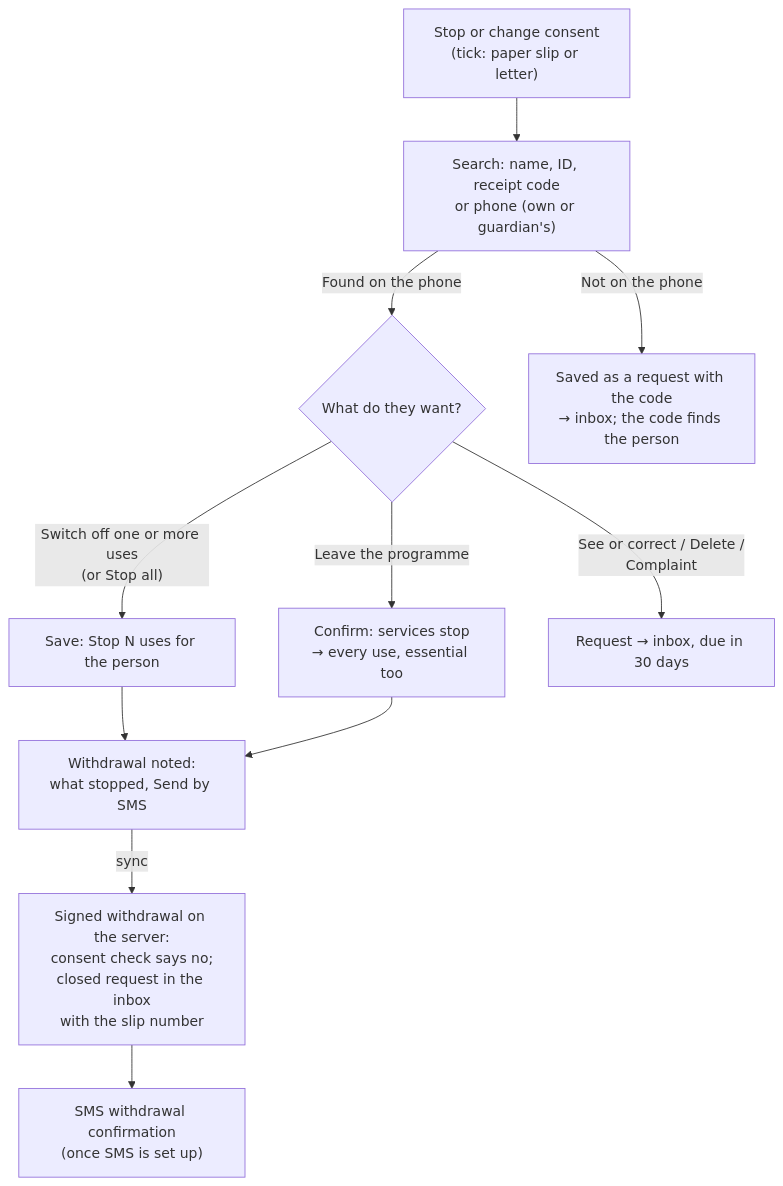
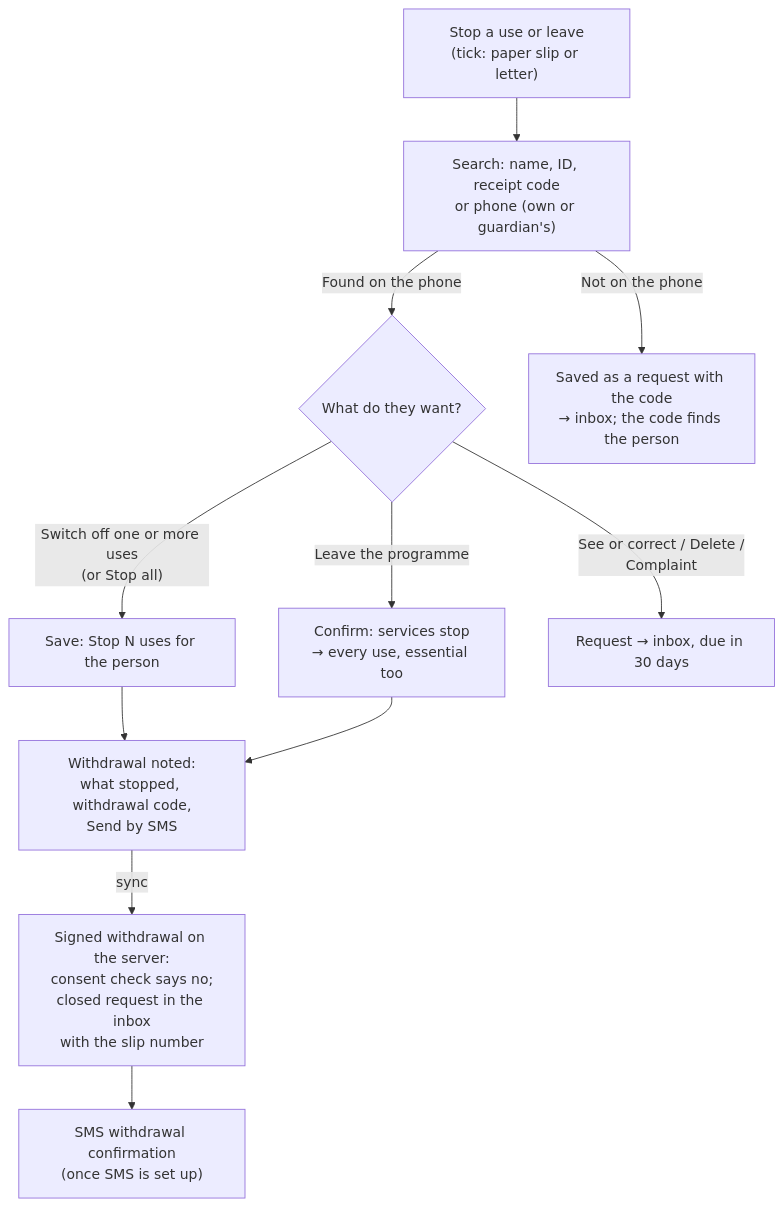
The sixth of 10 diagrams in docs/guide/product-guide.md (sunandan89/anumati), drawn with Mermaid before and after one commit. The commit also changed other lines of this file and 6 other files, not shown here.

First line of the commit message:
Guide and QA: renamed field screens, withdrawal code, rejoin rule

````diff
--- a/docs/guide/product-guide.md
+++ b/docs/guide/product-guide.md
@@ -282,13 +282,13 @@
 ```mermaid
 flowchart TD
-  A["Stop or change consent<br/>(tick: paper slip or letter)"] --> F["Search: name, ID, receipt code<br/>or phone (own or guardian's)"]
+  A["Stop a use or leave<br/>(tick: paper slip or letter)"] --> F["Search: name, ID, receipt code<br/>or phone (own or guardian's)"]
   F -- "Found on the phone" --> W{"What do they want?"}
   F -- "Not on the phone" --> R["Saved as a request with the code<br/>→ inbox; the code finds the person"]
   W -- "Switch off one or more uses<br/>(or Stop all)" --> L["Save: Stop N uses for the person"]
   W -- "Leave the programme" --> LV["Confirm: services stop<br/>→ every use, essential too"]
   W -- "See or correct / Delete /<br/>Complaint" --> Q["Request → inbox, due in 30 days"]
-  L --> N["Withdrawal noted:<br/>what stopped, Send by SMS"]
+  L --> N["Withdrawal noted:<br/>what stopped, withdrawal code,<br/>Send by SMS"]
   LV --> N
   N -- "sync" --> S["Signed withdrawal on the server:<br/>consent check says no;<br/>closed request in the inbox<br/>with the slip number"]
   S --> M["SMS withdrawal confirmation<br/>(once SMS is set up)"]
 ```
````
